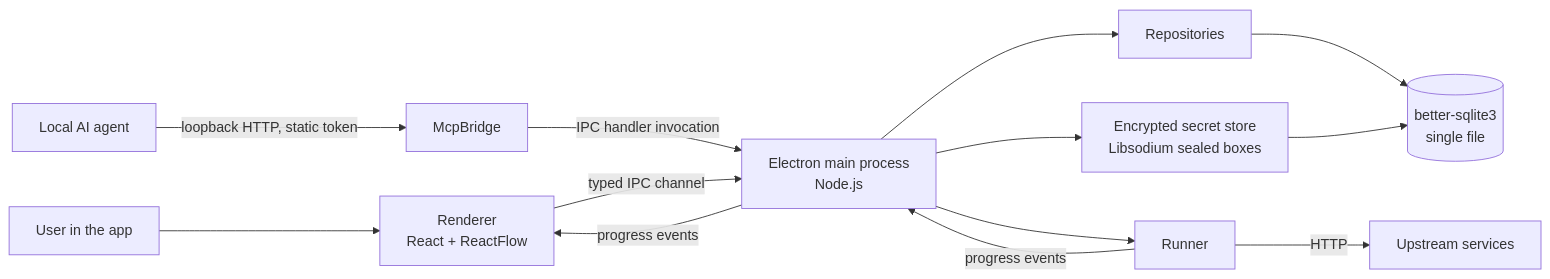
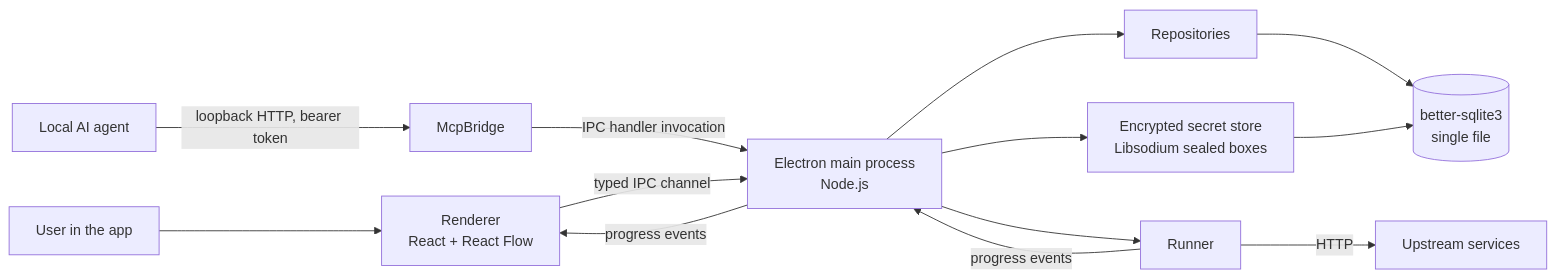
Before and after one commit to Kaysharp42/apiweave: the diagram in docs/reference/architecture.md, drawn with Mermaid. The commit also changed other lines of this file and 19 other files, not shown here.

````diff
--- a/docs/reference/architecture.md
+++ b/docs/reference/architecture.md
@@ -11,15 +11,15 @@
 ```mermaid
 graph LR
     User[User in the app] --> Renderer
-    Agent[Local AI agent] -->|loopback HTTP, static token| McpBridge
+    Agent[Local AI agent] -->|loopback HTTP, bearer token| McpBridge
     McpBridge -->|IPC handler invocation| MainProcess
-    Renderer[Renderer<br/>React + ReactFlow] -->|typed IPC channel| MainProcess
+    Renderer[Renderer<br/>React + React Flow] -->|typed IPC channel| MainProcess
     MainProcess[Electron main process<br/>Node.js] --> Repositories
     Repositories --> SQLite[(better-sqlite3<br/>single file)]
     MainProcess --> Runner
     Runner -->|HTTP| Upstream[Upstream services]
     MainProcess --> SecretStore[Encrypted secret store<br/>Libsodium sealed boxes]
     SecretStore --> SQLite
     Runner -->|progress events| MainProcess
     MainProcess -->|progress events| Renderer
 ```
````
